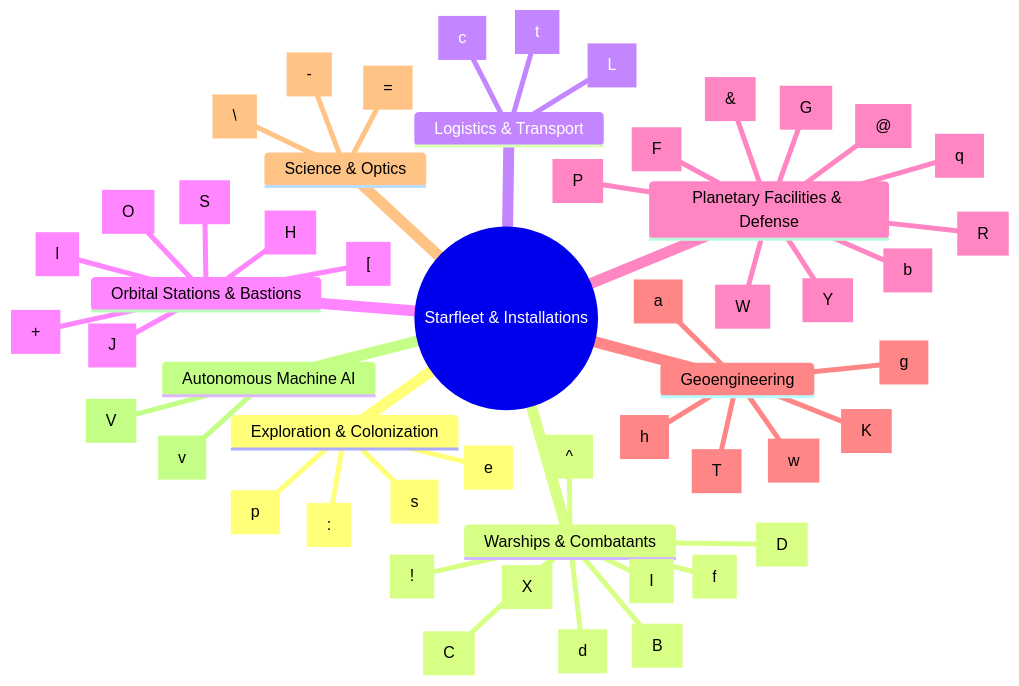
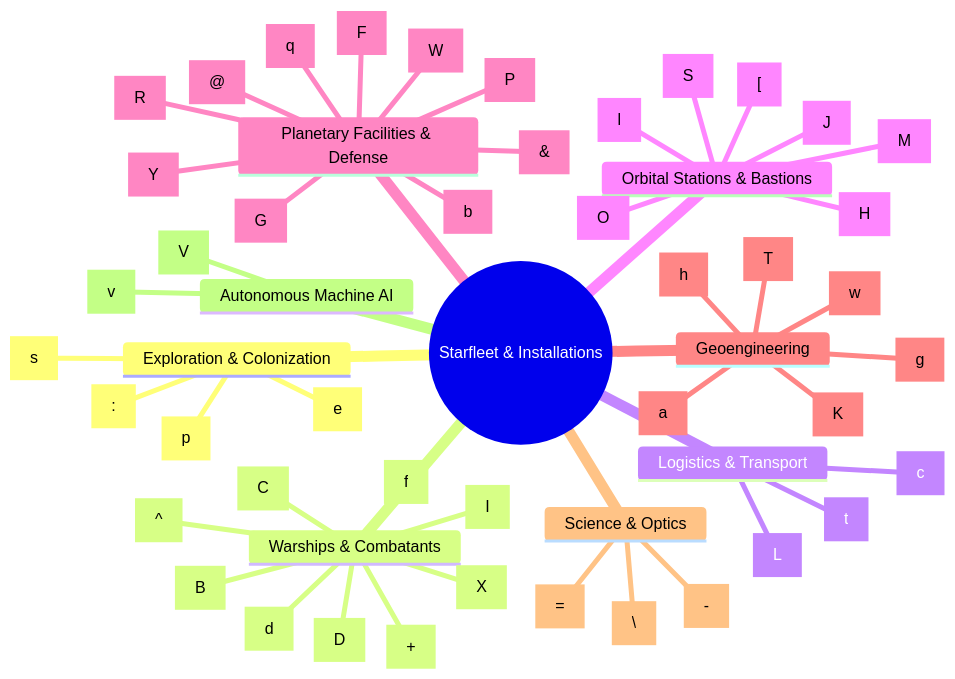
Before and after one commit to kaladron/galactic-bloodshed: the first of 2 diagrams in docs/ship_types.md, drawn with Mermaid. The commit also changed other lines of this file and 5 other files, not shown here.

````diff
--- a/docs/ship_types.md
+++ b/docs/ship_types.md
@@ -19,56 +19,56 @@
 ```mermaid
 mindmap
   root((Starfleet & Installations))
     Exploration & Colonization
       Spore Pod [p]
       Shuttle [s]
       Explorer [e]
       Space Probe [:]
     Warships & Combatants
       Fighter Group [f]
       Destroyer [d]
       Cruiser [C]
       Interceptor [I]
       Battleship [B]
       Dreadnaught [D]
       Carrier [X]
-      Space Mine [!]
+      Space Mine [+]
       Missile [^]
     Logistics & Transport
       Cargo Ship [c]
       Tanker [t]
       Lander [L]
     Orbital Stations & Bastions
       Habitat [H]
       Station [S]
       Orbital Assault Platform [O]
       Space Port [J]
-      Space Mirror [+]
+      Space Mirror [M]
       Mind Control Laser [l]
       AVPM Transporter [[]
     Planetary Facilities & Defense
       Factory [F]
       Weapons Plant [W]
       Government Center [@]
       Quarry [q]
       Dome [Y]
       Bunker [b]
       Gamma Ray Laser [G]
       Planet Defense Net [P]
       ABM Battery [&]
       Mech AFV [R]
     Geoengineering
       Terraform Device [T]
       Atmosphere Processor [a]
       Dust Canister [g]
       Greenhouse Gases [h]
       Toxic Waste Canister [w]
       Space Plow [K]
     Science & Optics
       Space Telescope [=]
       Ground Telescope [\\]
       T-R Beam [-]
     Autonomous Machine AI
       Von Neumann Machine [v]
       Berserker [V]
 ```
````
